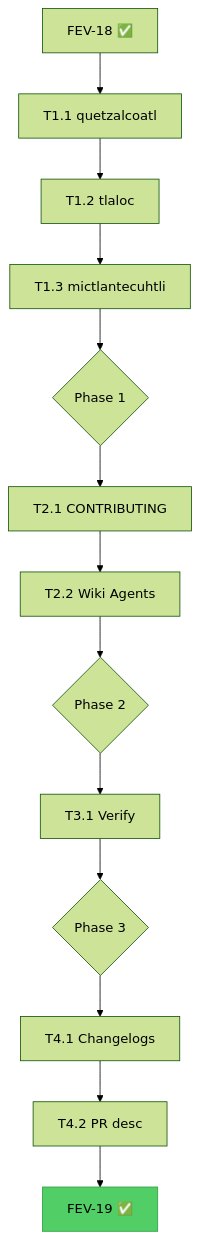
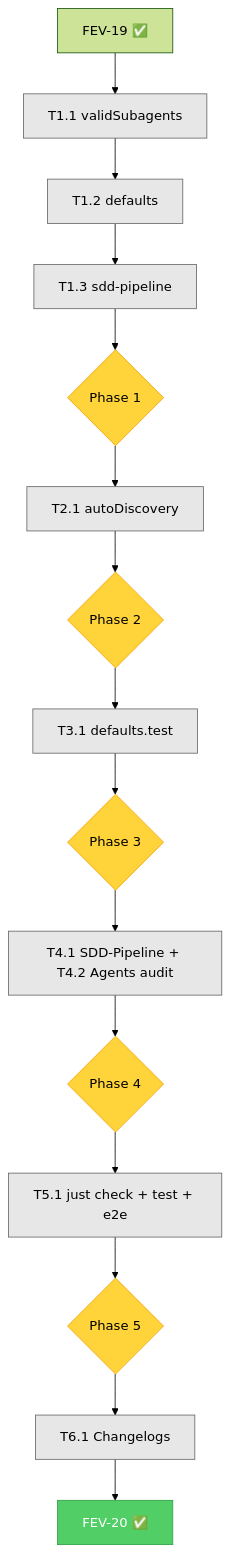
The diagram in tasks/todo.md (Fisherk2/codice-opencode), drawn with Mermaid (forest theme) before and after one commit. The commit also changed other lines of this file and 3 other files, not shown here.

````diff
--- a/tasks/todo.md
+++ b/tasks/todo.md
@@ -231,18 +271,22 @@
 ```mermaid
 graph TD
-    F18[FEV-18 ✅] --> T11
-    T11[T1.1 quetzalcoatl] --> T12
-    T12[T1.2 tlaloc] --> T13
-    T13[T1.3 mictlantecuhtli] --> CP1
-    CP1{Phase 1} --> T21
-    T21[T2.1 CONTRIBUTING] --> T22
-    T22[T2.2 Wiki Agents] --> CP2
-    CP2{Phase 2} --> T31
-    T31[T3.1 Verify] --> CP3
-    CP3{Phase 3} --> T41
-    T41[T4.1 Changelogs] --> T42
-    T42[T4.2 PR desc] --> DONE
-    DONE[FEV-19 ✅]:::done
+    F19[FEV-19 ✅] --> T11
+    T11[T1.1 validSubagents]:::seq --> T12
+    T12[T1.2 defaults]:::seq --> T13
+    T13[T1.3 sdd-pipeline]:::seq --> CP1
+    CP1{Phase 1}:::gate --> T21
+    T21[T2.1 autoDiscovery]:::seq --> CP2
+    CP2{Phase 2}:::gate --> T31
+    T31[T3.1 defaults.test]:::seq --> CP3
+    CP3{Phase 3}:::gate --> T41
+    T41[T4.1 SDD-Pipeline + T4.2 Agents audit]:::seq --> CP4
+    CP4{Phase 4}:::gate --> T51
+    T51[T5.1 just check + test + e2e]:::seq --> CP5
+    CP5{Phase 5}:::gate --> T61
+    T61[T6.1 Changelogs]:::seq --> DONE
+    DONE[FEV-20 ✅]:::done
 
-    classDef done fill:#51cf66,stroke:#2f9e44
+    classDef done fill:#51cf66,stroke:#2f9e44,color:#fff
+    classDef gate fill:#ffd43b,stroke:#f59f00,color:#000
+    classDef seq fill:#e7e7e7,stroke:#666,color:#000
 ```
````
